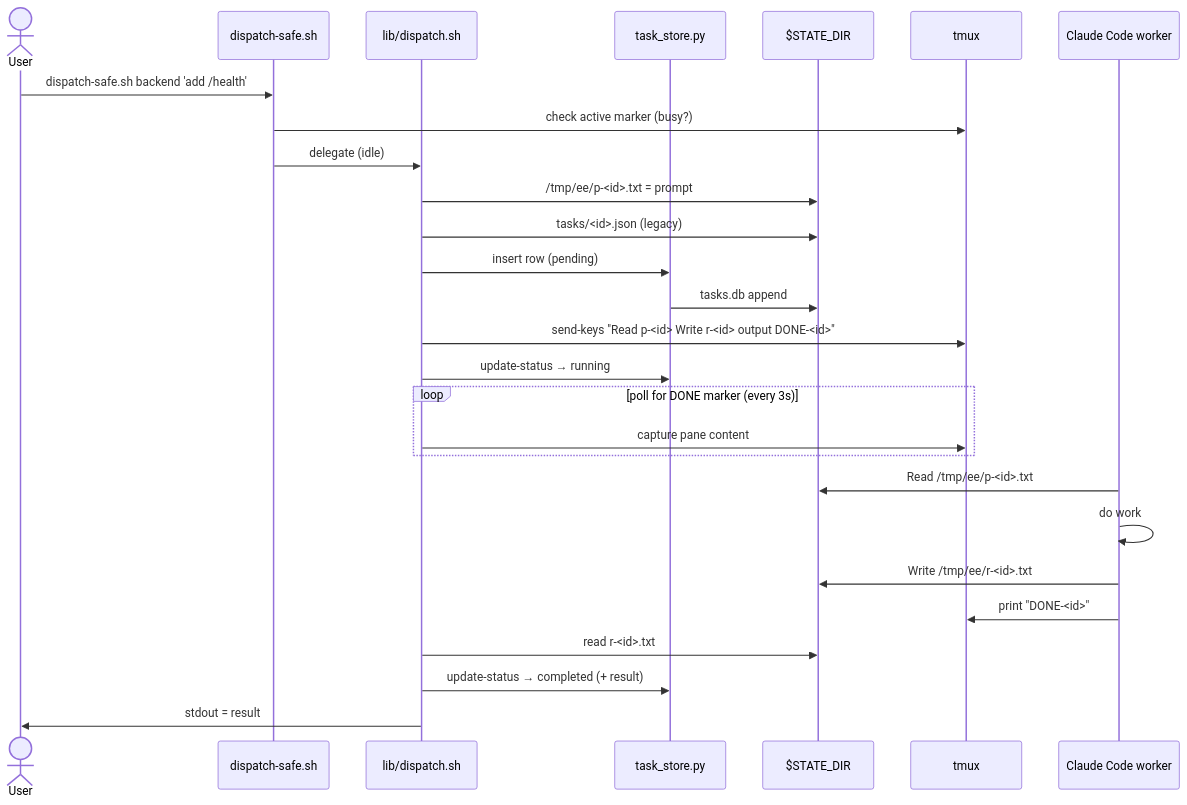
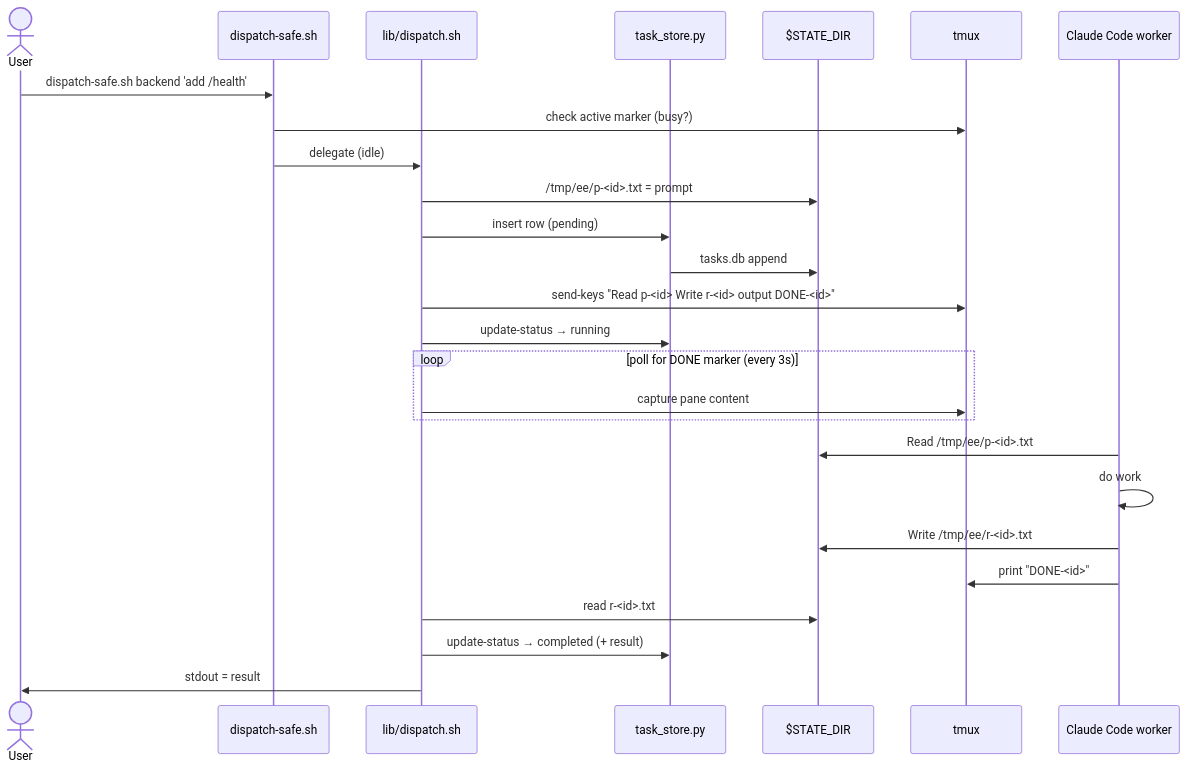
Before and after one commit to lopiter/darkarchon: the second of 4 diagrams in README.md, drawn with Mermaid. The commit also changed other lines of this file and 4 other files, not shown here.

First line of the commit message:
refactor(tasks): drop legacy per-task json, use SQLite as sole task store

````diff
--- a/README.md
+++ b/README.md
@@ -171,32 +171,31 @@
 ```mermaid
 sequenceDiagram
     actor User
     participant dispatch as dispatch-safe.sh
     participant disp as lib/dispatch.sh
     participant store as task_store.py
     participant fs as $STATE_DIR
     participant tmux as tmux
     participant claude as Claude Code worker
 
     User->>dispatch: dispatch-safe.sh backend 'add /health'
     dispatch->>tmux: check active marker (busy?)
     dispatch->>disp: delegate (idle)
     disp->>fs: /tmp/ee/p-<id>.txt = prompt
-    disp->>fs: tasks/<id>.json (legacy)
     disp->>store: insert row (pending)
     store->>fs: tasks.db append
     disp->>tmux: send-keys "Read p-<id> Write r-<id> output DONE-<id>"
     disp->>store: update-status → running
 
     loop poll for DONE marker (every 3s)
         disp->>tmux: capture pane content
     end
 
     claude->>fs: Read /tmp/ee/p-<id>.txt
     claude->>claude: do work
     claude->>fs: Write /tmp/ee/r-<id>.txt
     claude->>tmux: print "DONE-<id>"
     disp->>fs: read r-<id>.txt
     disp->>store: update-status → completed (+ result)
     disp->>User: stdout = result
 ```
````
